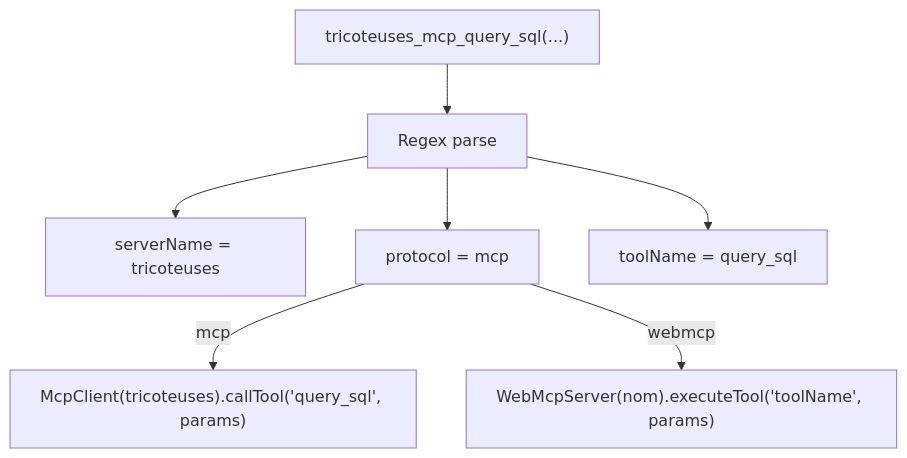
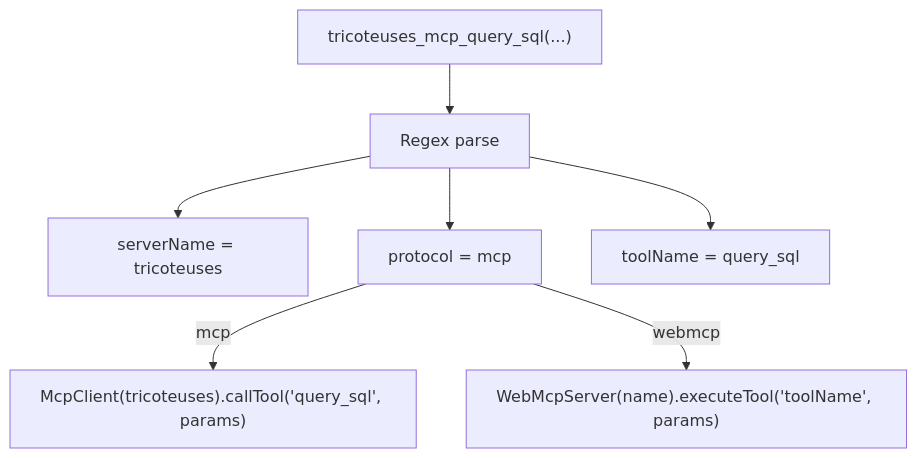
One commit to jeanbaptiste/webmcp-auto-ui changed the third of 11 diagrams in docs/starlight/src/content/docs/tutorials/architecture-mcp-webmcp.mdx. Above: the diagram before and after it, drawn with Mermaid. The commit also changed other lines of this file and 94 other files, not shown here.

````diff
--- a/docs/starlight/src/content/docs/tutorials/architecture-mcp-webmcp.mdx
+++ b/docs/starlight/src/content/docs/tutorials/architecture-mcp-webmcp.mdx
@@ -128,9 +126,9 @@
 ```mermaid
 graph TD
     Call["tricoteuses_mcp_query_sql(...)"] --> Parse[Regex parse]
     Parse --> SN["serverName = tricoteuses"]
     Parse --> P["protocol = mcp"]
     Parse --> TN["toolName = query_sql"]
     P -->|mcp| HTTP["McpClient(tricoteuses).callTool('query_sql', params)"]
-    P -->|webmcp| JS["WebMcpServer(nom).executeTool('toolName', params)"]
+    P -->|webmcp| JS["WebMcpServer(name).executeTool('toolName', params)"]
 ```
````
